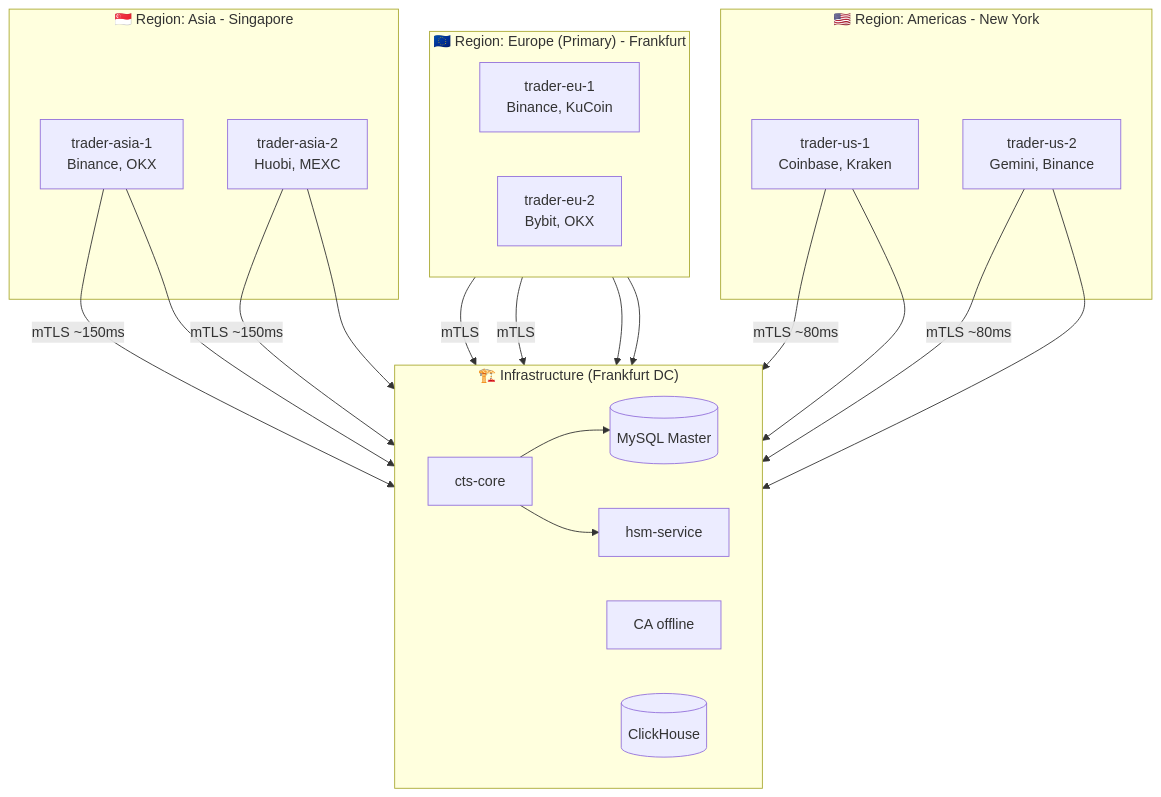
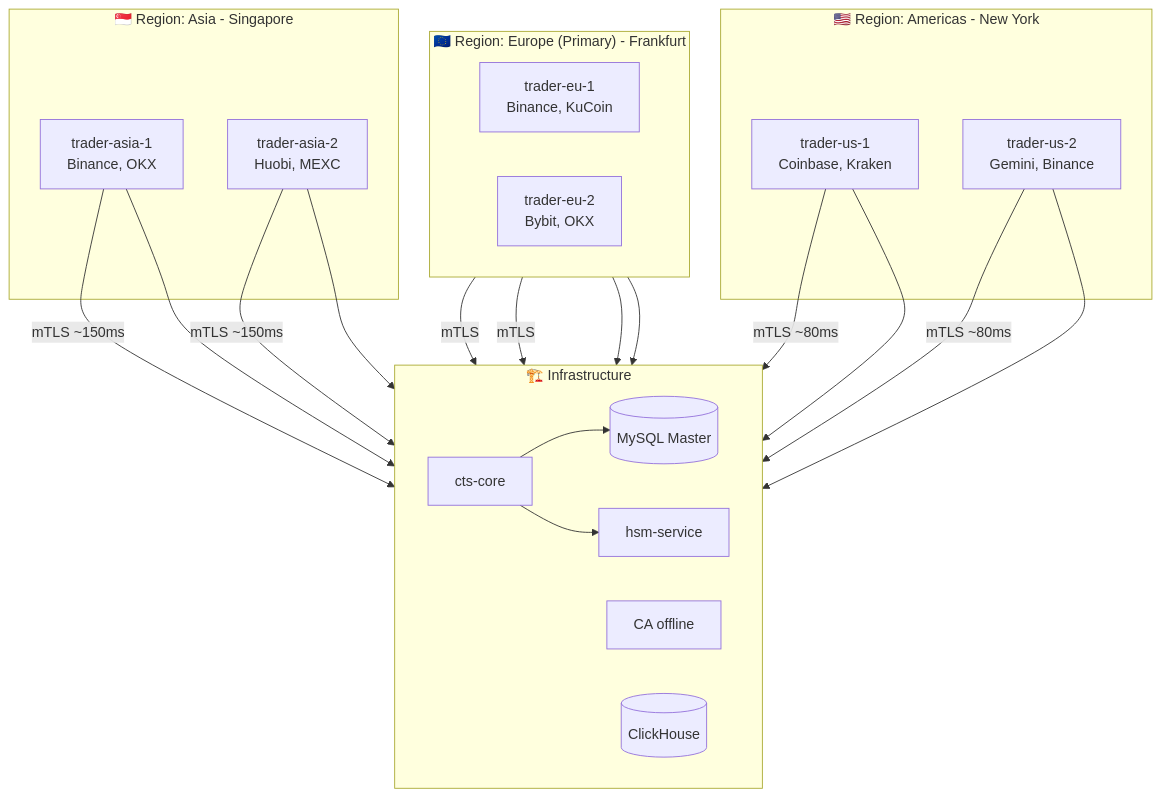
One commit to titaev-lv/cts-core changed the second of 12 diagrams in ARCHITECTURE.md. Above: the diagram before and after it, drawn with Mermaid. The commit also changed other lines of this file and 1 other file, not shown here.

Commit message:
Fix errors in diagrams

````diff
--- a/ARCHITECTURE.md
+++ b/ARCHITECTURE.md
@@ -239,43 +237,43 @@
 ```mermaid
 flowchart TB
     subgraph EU["🇪🇺 Region: Europe (Primary) - Frankfurt"]
         direction LR
         T1[trader-eu-1<br/>Binance, KuCoin]
         T2[trader-eu-2<br/>Bybit, OKX]
     end
     
-    subgraph INFRA["🏗️ Infrastructure (Frankfurt DC)"]
+    subgraph INFRA["🏗️ Infrastructure"]
         direction LR
         CTS[cts-core]
         MYSQL[(MySQL Master)]
         HSM[hsm-service]
         CA[CA offline]
         CH[(ClickHouse)]
     end
     
     subgraph US["🇺🇸 Region: Americas - New York"]
         T5[trader-us-1<br/>Coinbase, Kraken]
         T6[trader-us-2<br/>Gemini, Binance]
     end
     
     subgraph ASIA["🇸🇬 Region: Asia - Singapore"]
         T3[trader-asia-1<br/>Binance, OKX]
         T4[trader-asia-2<br/>Huobi, MEXC]
     end
     
     %% EU connections
     T1 & T2 -->|mTLS| CTS
     
     %% US connections  
     T5 & T6 -->|mTLS ~80ms| CTS
     
     %% Asia connections
     T3 & T4 -->|mTLS ~150ms| CTS
     
     %% Infrastructure internal
     CTS --> MYSQL
     CTS --> HSM
     
     %% All traders to ClickHouse
     T1 & T2 & T3 & T4 & T5 & T6 --> CH
 ```
````
